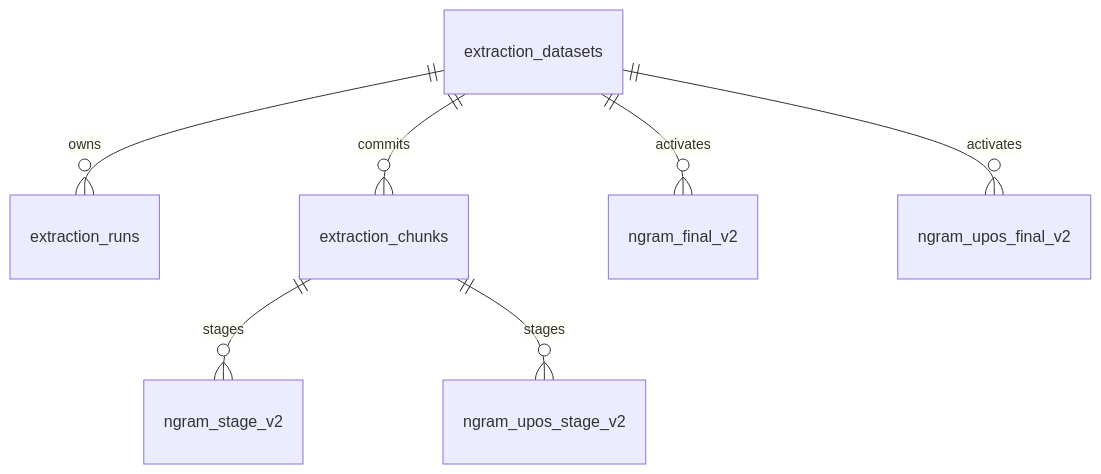
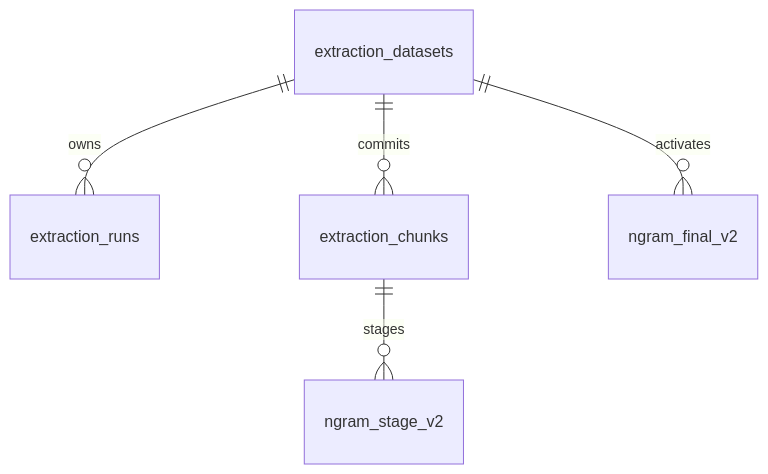
One commit to CristoJV/semordnilap changed the second of 2 diagrams in docs/technical/README.md. Above: the diagram before and after it, drawn with Mermaid. The commit also changed other lines of this file and 30 other files, not shown here.

````diff
--- a/docs/technical/README.md
+++ b/docs/technical/README.md
@@ -91,9 +64,7 @@
 ```mermaid
 erDiagram
     extraction_datasets ||--o{ extraction_runs : owns
     extraction_datasets ||--o{ extraction_chunks : commits
     extraction_chunks ||--o{ ngram_stage_v2 : stages
-    extraction_chunks ||--o{ ngram_upos_stage_v2 : stages
     extraction_datasets ||--o{ ngram_final_v2 : activates
-    extraction_datasets ||--o{ ngram_upos_final_v2 : activates
 ```
````
